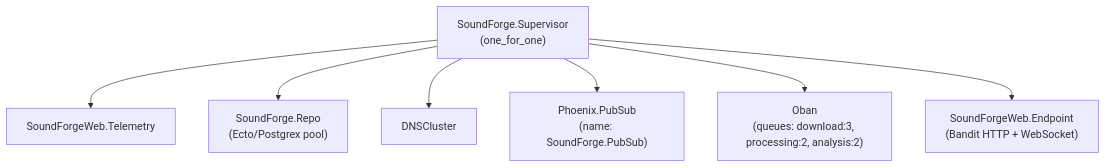
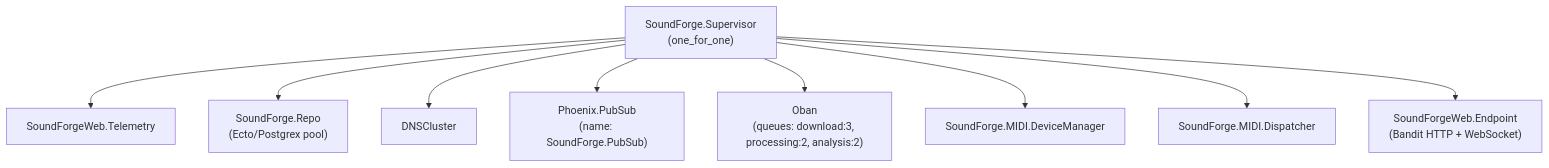
The fourth of 4 diagrams in docs/architecture/00_SYSTEM_OVERVIEW.md (peguesj/sound-forge-alchemy), drawn with Mermaid before and after one commit. The commit also changed other lines of this file and 10 other files, not shown here.

First line of the commit message:
docs: add MIDI, real-time patterns pages; update changelog, architecture, features

````diff
--- a/docs/architecture/00_SYSTEM_OVERVIEW.md
+++ b/docs/architecture/00_SYSTEM_OVERVIEW.md
@@ -239,17 +239,19 @@
 ```mermaid
 flowchart TD
     Supervisor["SoundForge.Supervisor\n(one_for_one)"]
     Telemetry["SoundForgeWeb.Telemetry"]
     Repo["SoundForge.Repo\n(Ecto/Postgrex pool)"]
     DNS["DNSCluster"]
     PubSub["Phoenix.PubSub\n(name: SoundForge.PubSub)"]
     Oban["Oban\n(queues: download:3, processing:2, analysis:2)"]
     Endpoint["SoundForgeWeb.Endpoint\n(Bandit HTTP + WebSocket)"]
 
     Supervisor --> Telemetry
     Supervisor --> Repo
     Supervisor --> DNS
     Supervisor --> PubSub
     Supervisor --> Oban
+    Supervisor --> DeviceManager["SoundForge.MIDI.DeviceManager"]
+    Supervisor --> Dispatcher["SoundForge.MIDI.Dispatcher"]
     Supervisor --> Endpoint
 ```
````
